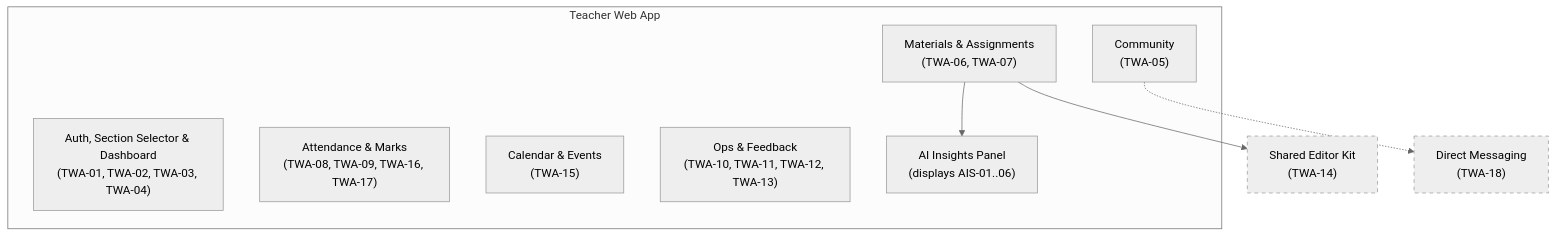
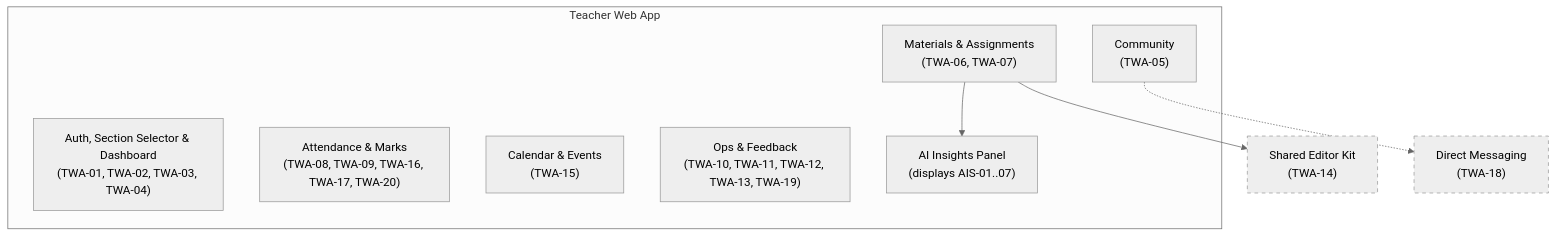
Before and after one commit to Z-Zenith/Omega: the fourth of 6 diagrams in Campus platform architecture.md, drawn with Mermaid. The commit also changed other lines of this file, not shown here.

````diff
--- a/Campus platform architecture.md
+++ b/Campus platform architecture.md
@@ -286,21 +287,21 @@
 ```mermaid
 %%{init: {'theme': 'neutral'}}%%
 flowchart TB
     subgraph TWA["Teacher Web App"]
         section["Auth, Section Selector & Dashboard<br/>(TWA-01, TWA-02, TWA-03, TWA-04)"]
-        attmarks["Attendance & Marks<br/>(TWA-08, TWA-09, TWA-16, TWA-17)"]
+        attmarks["Attendance & Marks<br/>(TWA-08, TWA-09, TWA-16, TWA-17, TWA-20)"]
         materials["Materials & Assignments<br/>(TWA-06, TWA-07)"]
         calendar2["Calendar & Events<br/>(TWA-15)"]
         community2["Community<br/>(TWA-05)"]
-        ops["Ops & Feedback<br/>(TWA-10, TWA-11, TWA-12, TWA-13)"]
-        aipanel["AI Insights Panel<br/>(displays AIS-01..06)"]
+        ops["Ops & Feedback<br/>(TWA-10, TWA-11, TWA-12, TWA-13, TWA-19)"]
+        aipanel["AI Insights Panel<br/>(displays AIS-01..07)"]
     end
     sek2["Shared Editor Kit<br/>(TWA-14)"]:::shared
     dms2["Direct Messaging<br/>(TWA-18)"]:::shared
 
     materials --> sek2
     materials --> aipanel
     community2 -.-> dms2
 
     classDef shared stroke-dasharray: 5 5
 ```
````
